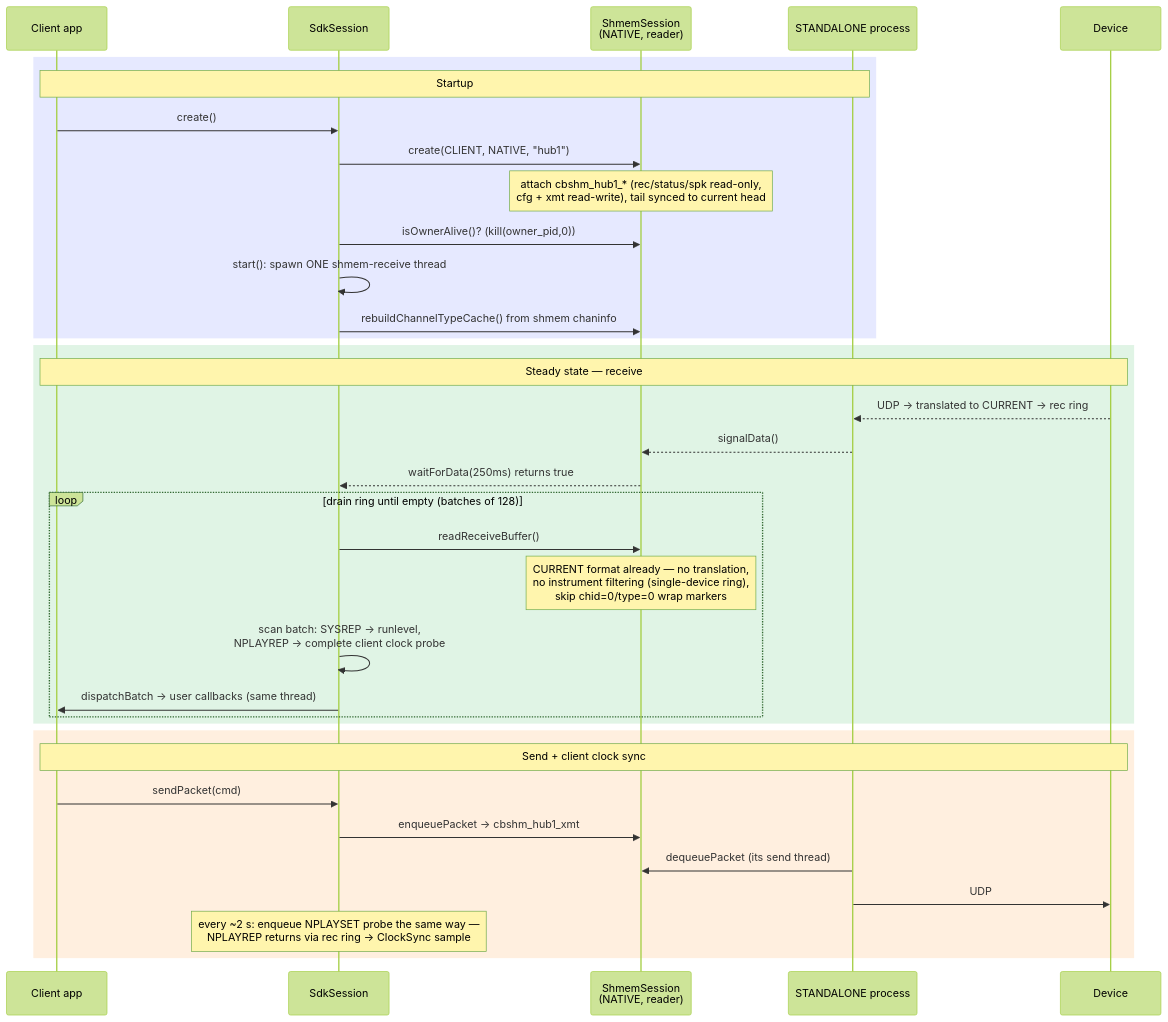
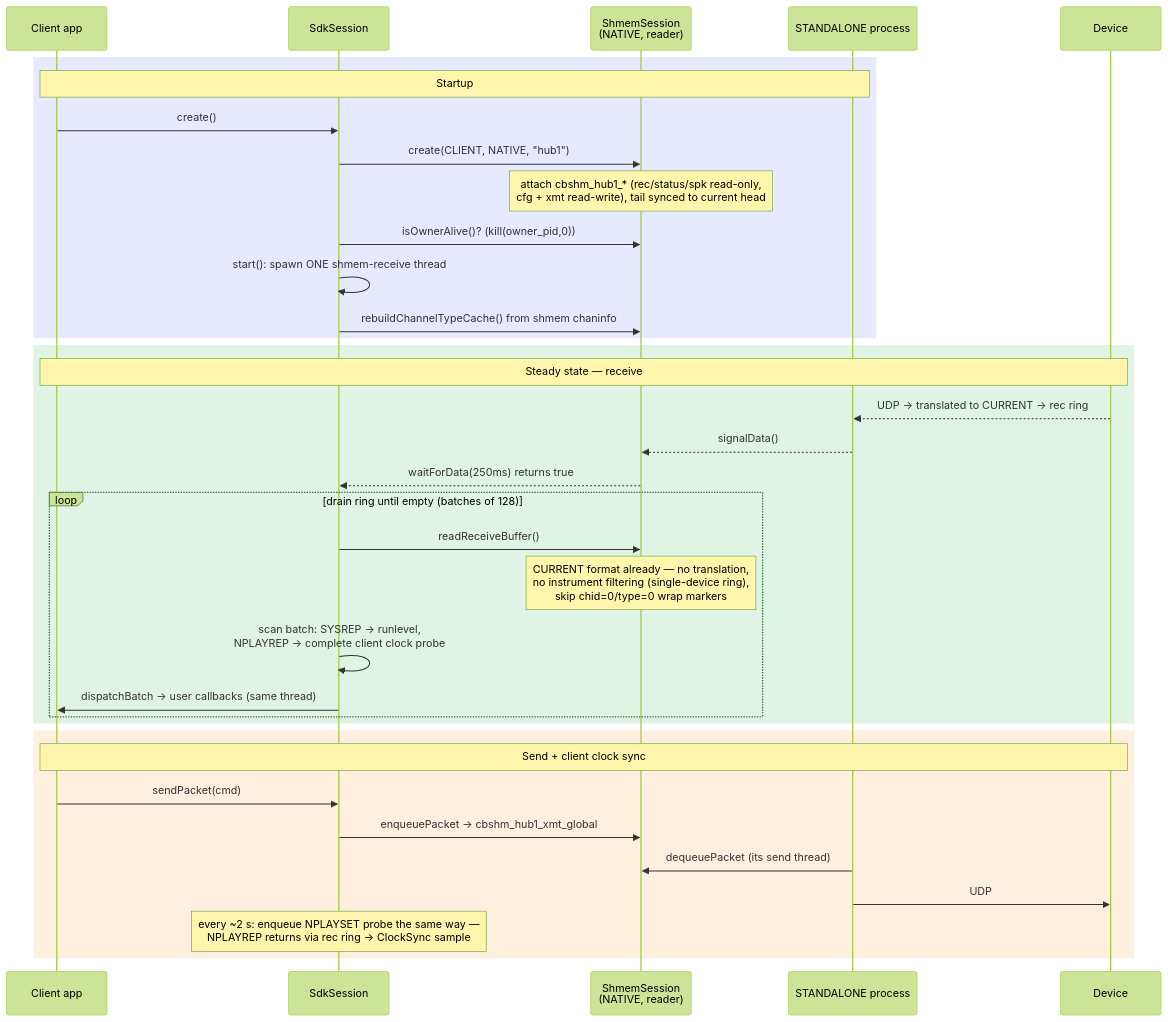
Before and after one commit to CerebusOSS/CereLink: the third of 5 diagrams in docs/client_mode_sequence_diagrams.md, drawn with Mermaid (forest theme). The commit also changed other lines of this file and 4 other files, not shown here.

Commit message:
Update sequence diagram docs and clean other docs

````diff
--- a/docs/client_mode_sequence_diagrams.md
+++ b/docs/client_mode_sequence_diagrams.md
@@ -106,40 +107,40 @@
 ```mermaid
 sequenceDiagram
     participant App as Client app
     participant SDK as SdkSession
     participant SHM as ShmemSession<br/>(NATIVE, reader)
     participant SA as STANDALONE process
     participant NSP as Device
 
     rect rgba(88,110,255,0.15)
     Note over App,SA: Startup
     App->>SDK: create()
     SDK->>SHM: create(CLIENT, NATIVE, "hub1")
     Note over SHM: attach cbshm_hub1_* (rec/status/spk read-only,<br/>cfg + xmt read-write), tail synced to current head
     SDK->>SHM: isOwnerAlive()? (kill(owner_pid,0))
     SDK->>SDK: start(): spawn ONE shmem-receive thread
     SDK->>SHM: rebuildChannelTypeCache() from shmem chaninfo
     end
 
     rect rgba(46,180,80,0.15)
     Note over App,NSP: Steady state — receive
     NSP-->>SA: UDP → translated to CURRENT → rec ring
     SA-->>SHM: signalData()
     SHM-->>SDK: waitForData(250ms) returns true
     loop drain ring until empty (batches of 128)
         SDK->>SHM: readReceiveBuffer()
         Note over SHM: CURRENT format already — no translation,<br/>no instrument filtering (single-device ring),<br/>skip chid=0/type=0 wrap markers
         SDK->>SDK: scan batch: SYSREP → runlevel,<br/>NPLAYREP → complete client clock probe
         SDK->>App: dispatchBatch → user callbacks (same thread)
     end
     end
 
     rect rgba(255,150,40,0.15)
     Note over App,NSP: Send + client clock sync
     App->>SDK: sendPacket(cmd)
-    SDK->>SHM: enqueuePacket → cbshm_hub1_xmt
+    SDK->>SHM: enqueuePacket → cbshm_hub1_xmt_global
     SA->>SHM: dequeuePacket (its send thread)
     SA->>NSP: UDP
     Note over SDK: every ~2 s: enqueue NPLAYSET probe the same way —<br/>NPLAYREP returns via rec ring → ClockSync sample
     end
 ```
````
